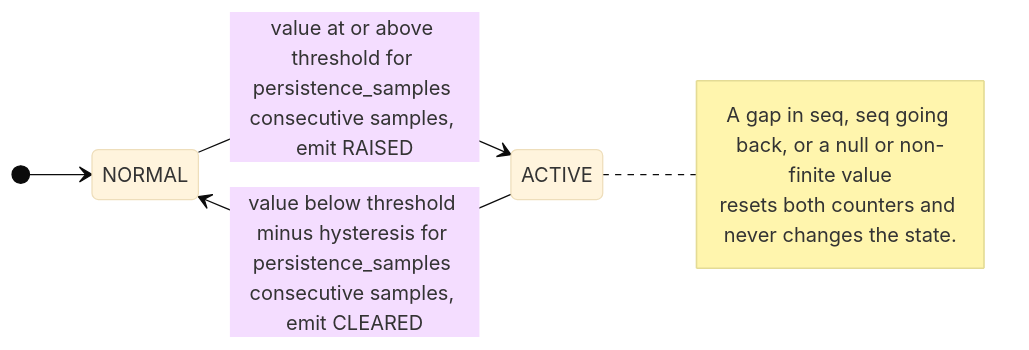
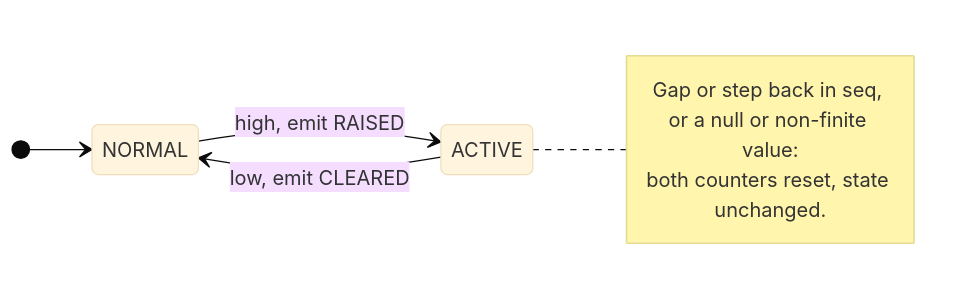
The second of 3 diagrams in docs/ARCHITECTURE.md (anthoadc-AI/industrial-telemetry-streaming-pipeline), drawn with Mermaid (base theme) before and after one commit. The commit also changed other lines of this file, not shown here.

First line of the commit message:
docs: make the data-flow and alarm state diagrams legible on GitHub

````diff
--- a/docs/ARCHITECTURE.md
+++ b/docs/ARCHITECTURE.md
@@ -238,11 +238,11 @@
 ```mermaid
 stateDiagram-v2
   direction LR
   [*] --> NORMAL
-  NORMAL --> ACTIVE: value at or above threshold for persistence_samples consecutive samples, emit RAISED
-  ACTIVE --> NORMAL: value below threshold minus hysteresis for persistence_samples consecutive samples, emit CLEARED
+  NORMAL --> ACTIVE: high, emit RAISED
+  ACTIVE --> NORMAL: low, emit CLEARED
   note right of ACTIVE
-    A gap in seq, seq going back, or a null or non-finite value
-    resets both counters and never changes the state.
+    Gap or step back in seq, or a null or non-finite value:
+    both counters reset, state unchanged.
   end note
 ```
````
